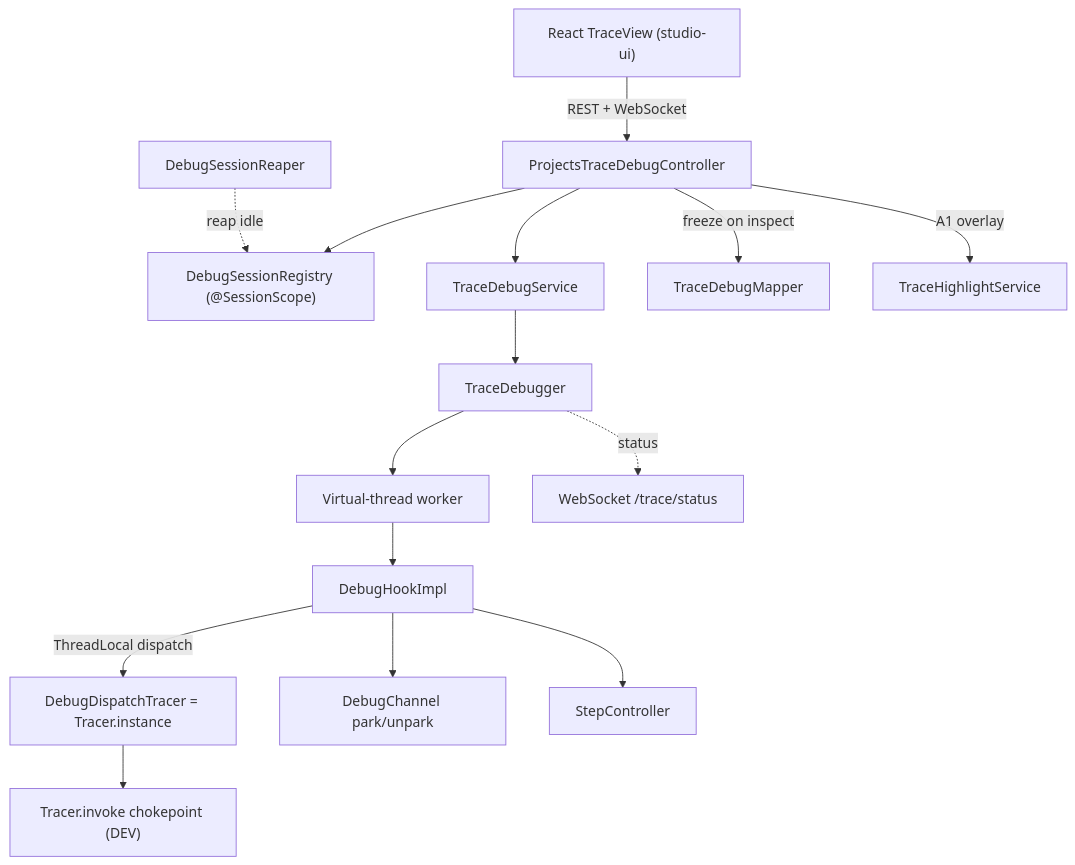
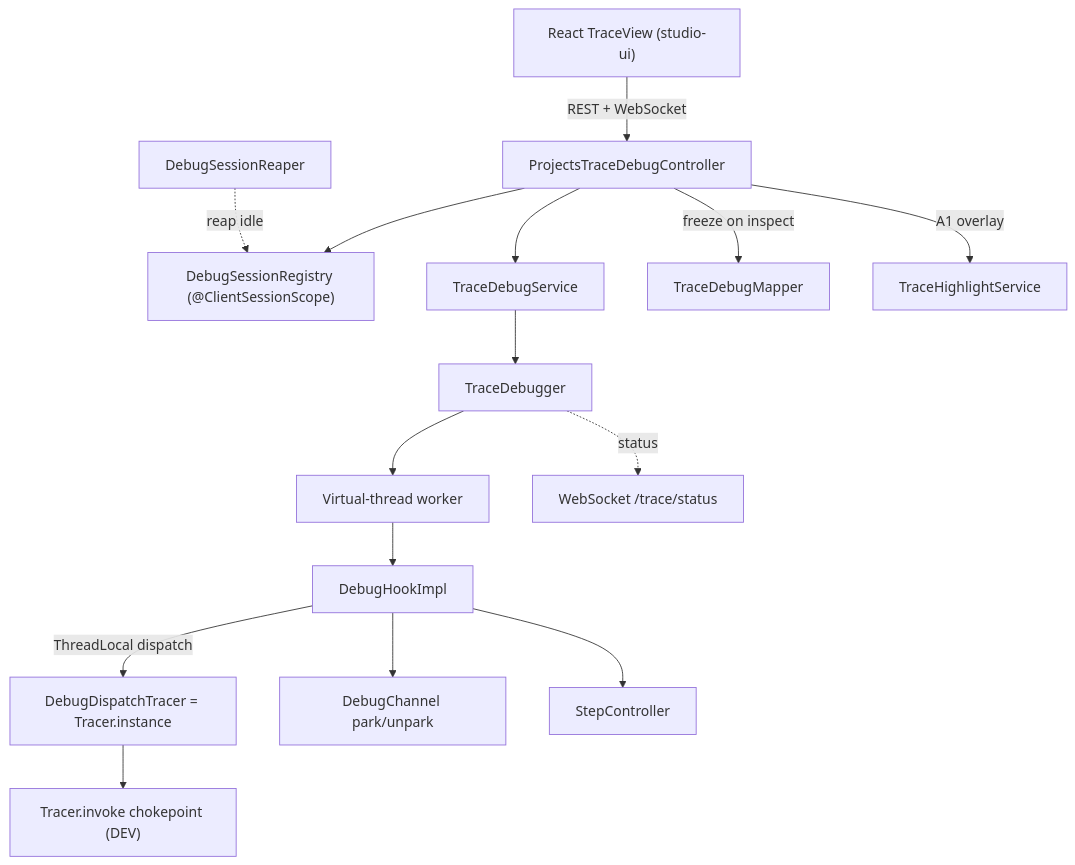
One commit to openl-tablets/openl-tablets changed the third of 4 diagrams in Docs/api/projects-trace-architecture.md. Above: the diagram before and after it, drawn with Mermaid. The commit also changed other lines of this file and 85 other files, not shown here.

````diff
--- a/Docs/api/projects-trace-architecture.md
+++ b/Docs/api/projects-trace-architecture.md
@@ -125,17 +125,17 @@
 ```mermaid
 flowchart TD
     UI["React TraceView (studio-ui)"] -->|REST + WebSocket| Ctrl[ProjectsTraceDebugController]
-    Ctrl --> Reg["DebugSessionRegistry (@SessionScope)"]
+    Ctrl --> Reg["DebugSessionRegistry (@ClientSessionScope)"]
     Ctrl --> Svc[TraceDebugService]
     Ctrl -->|freeze on inspect| Map[TraceDebugMapper]
     Ctrl -->|A1 overlay| HL[TraceHighlightService]
     Svc --> Dbg[TraceDebugger]
     Dbg --> W[Virtual-thread worker]
     W --> Hook[DebugHookImpl]
     Hook -->|ThreadLocal dispatch| DDT[DebugDispatchTracer = Tracer.instance]
     DDT --> Trc["Tracer.invoke chokepoint (DEV)"]
     Hook --> Ch[DebugChannel park/unpark]
     Hook --> Step[StepController]
     Reaper[DebugSessionReaper] -. reap idle .-> Reg
     Dbg -. status .-> WS[WebSocket /trace/status]
 ```
````
